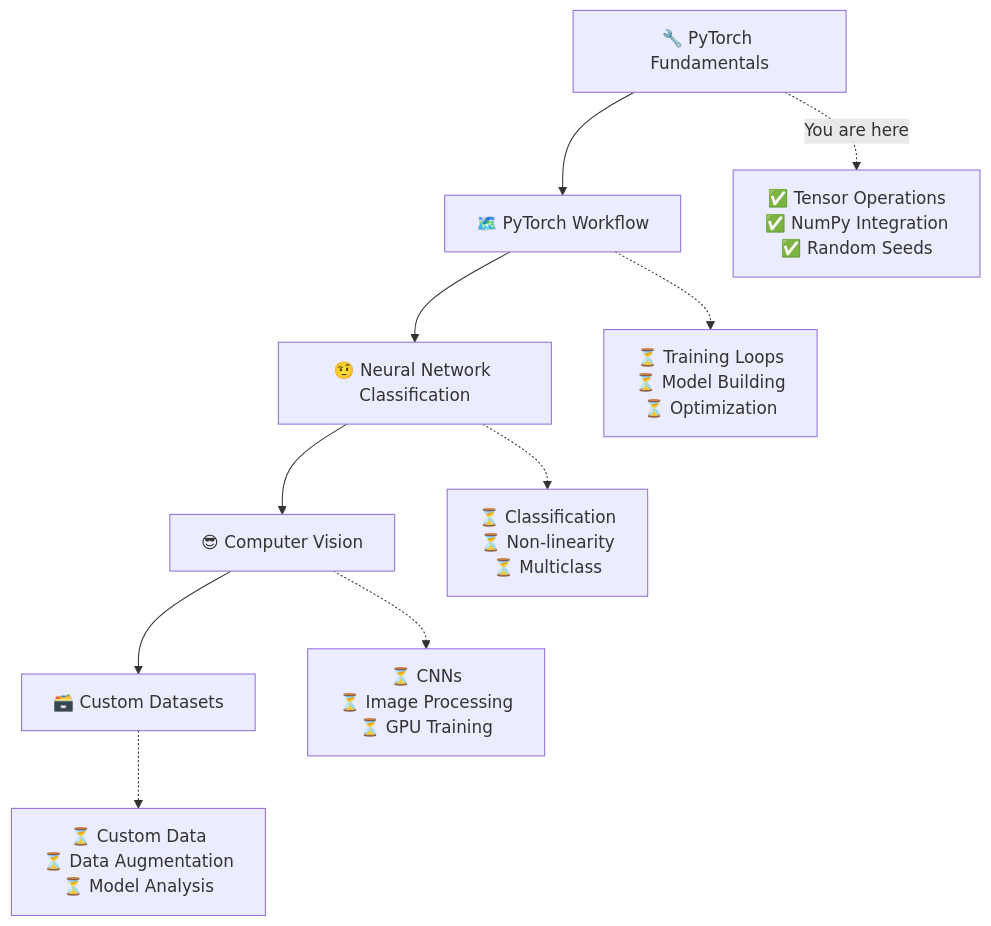
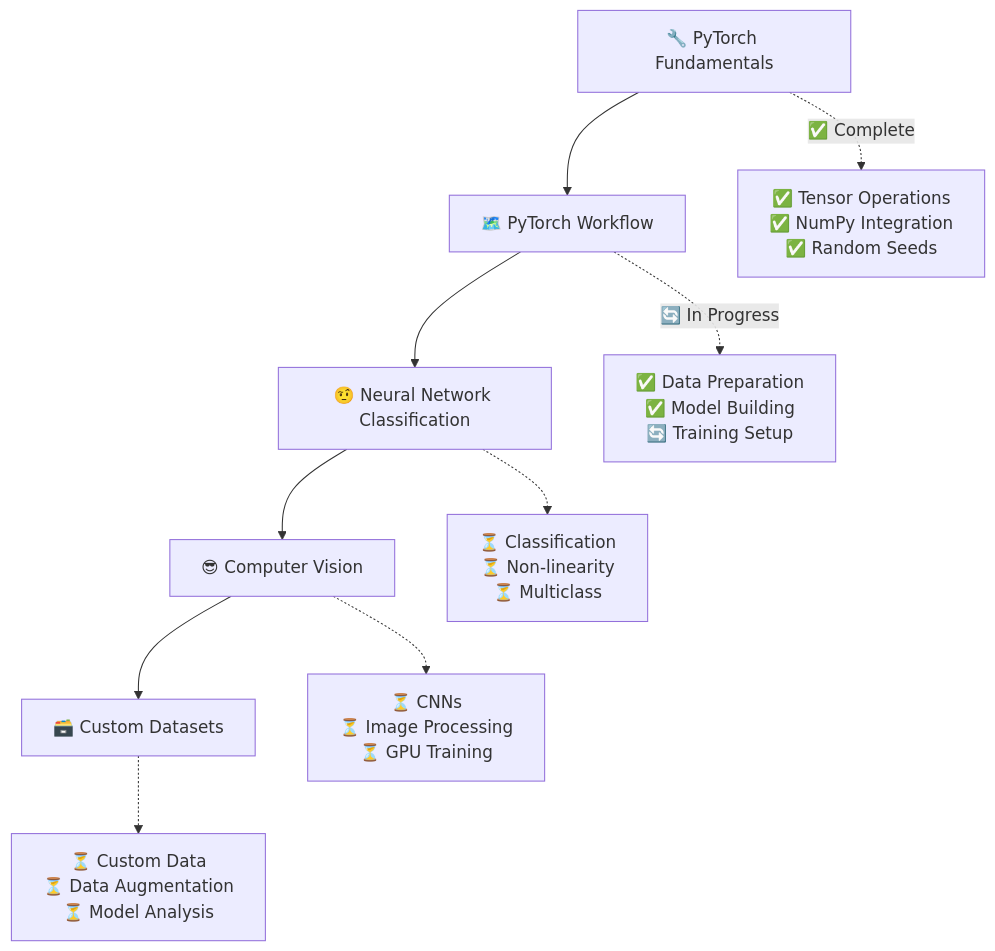
Before and after one commit to Satish-vaishyar/Learning-Pytorch: the diagram in README.md, drawn with Mermaid. The commit also changed other lines of this file and 1 other file, not shown here.

First line of the commit message:
Add PyTorch workflow chapter and update learning progress

````diff
--- a/README.md
+++ b/README.md
@@ -218,13 +253,13 @@
 ```mermaid
 graph TD
     A[🔧 PyTorch Fundamentals] --> B[🗺️ PyTorch Workflow]
     B --> C[🤨 Neural Network Classification]
     C --> D[😎 Computer Vision]
     D --> E[🗃️ Custom Datasets]
     
-    A -.-> |You are here| F[✅ Tensor Operations<br/>✅ NumPy Integration<br/>✅ Random Seeds]
-    B -.-> G[⏳ Training Loops<br/>⏳ Model Building<br/>⏳ Optimization]
+    A -.-> |✅ Complete| F[✅ Tensor Operations<br/>✅ NumPy Integration<br/>✅ Random Seeds]
+    B -.-> |🔄 In Progress| G[✅ Data Preparation<br/>✅ Model Building<br/>🔄 Training Setup]
     C -.-> H[⏳ Classification<br/>⏳ Non-linearity<br/>⏳ Multiclass]
     D -.-> I[⏳ CNNs<br/>⏳ Image Processing<br/>⏳ GPU Training]
     E -.-> J[⏳ Custom Data<br/>⏳ Data Augmentation<br/>⏳ Model Analysis]
 ```
````
